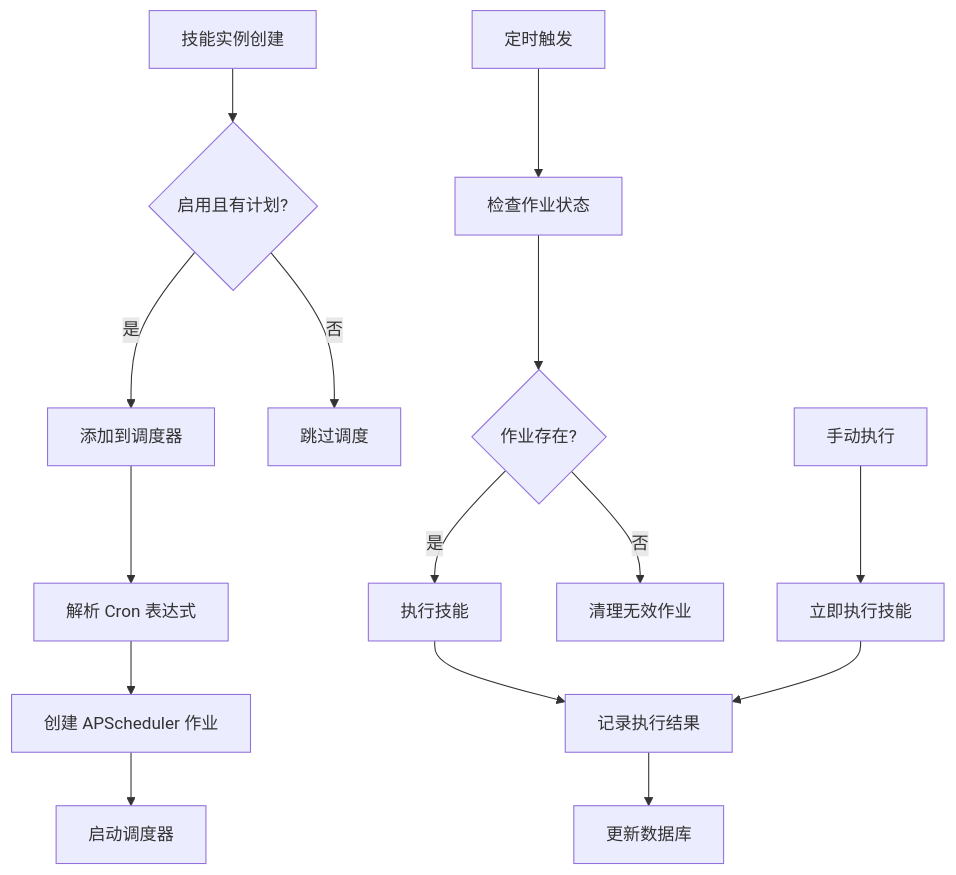
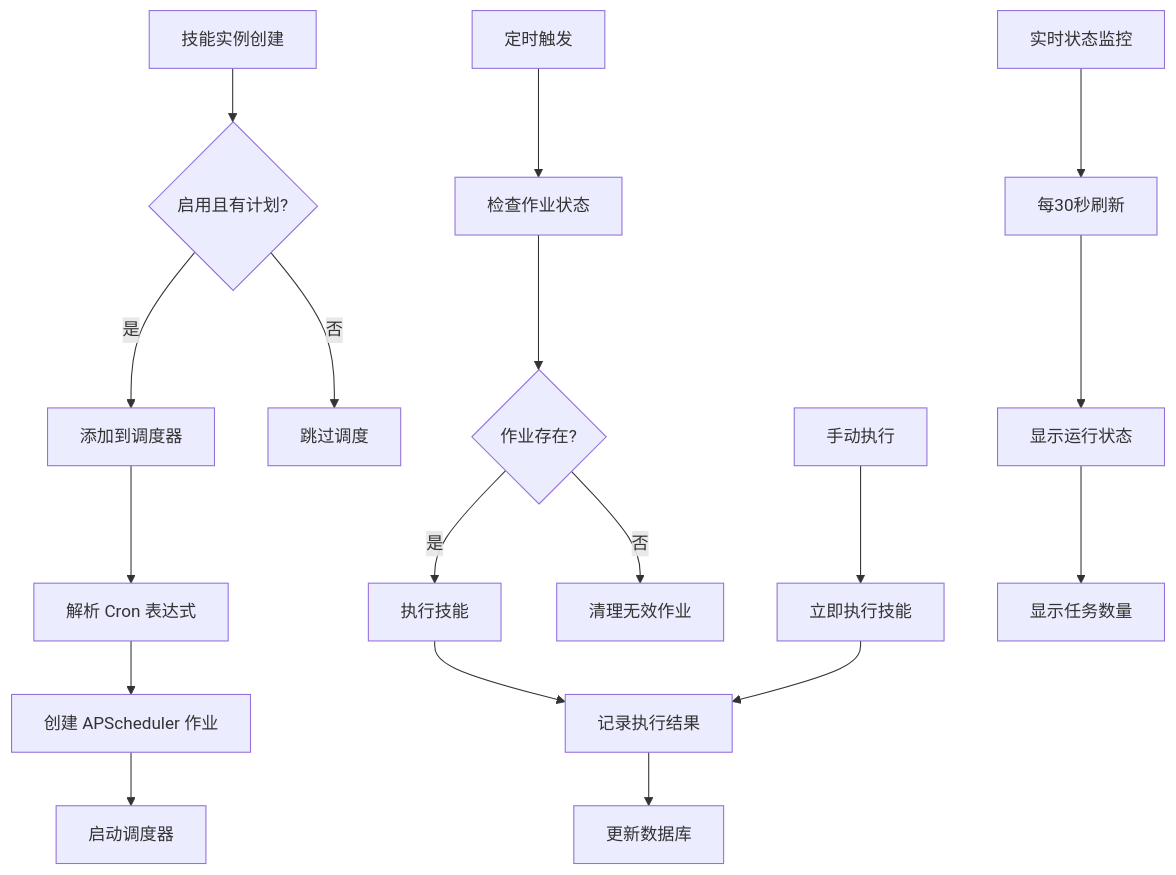
One commit to jackeyunjie/open-notebook changed diagram 11 of 12 in .qoder/repowiki/zh/content/前端架构/技能管理前端页面.md. Above: the diagram before and after it, drawn with Mermaid. The commit also changed other lines of this file and 24 other files, not shown here.

````diff
--- a/.qoder/repowiki/zh/content/前端架构/技能管理前端页面.md
+++ b/.qoder/repowiki/zh/content/前端架构/技能管理前端页面.md
@@ -375,17 +510,20 @@
 ```mermaid
 flowchart TD
 A[技能实例创建] --> B{启用且有计划?}
 B --> |是| C[添加到调度器]
 B --> |否| D[跳过调度]
 C --> E[解析 Cron 表达式]
 E --> F[创建 APScheduler 作业]
 F --> G[启动调度器]
 H[定时触发] --> I[检查作业状态]
 I --> J{作业存在?}
 J --> |是| K[执行技能]
 J --> |否| L[清理无效作业]
 K --> M[记录执行结果]
 M --> N[更新数据库]
 O[手动执行] --> P[立即执行技能]
 P --> M
+Q[实时状态监控] --> R[每30秒刷新]
+R --> S[显示运行状态]
+S --> T[显示任务数量]
 ```
````
